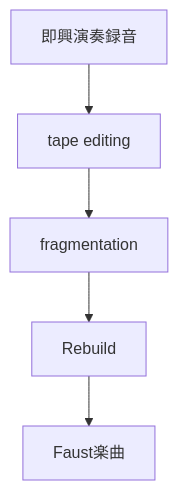
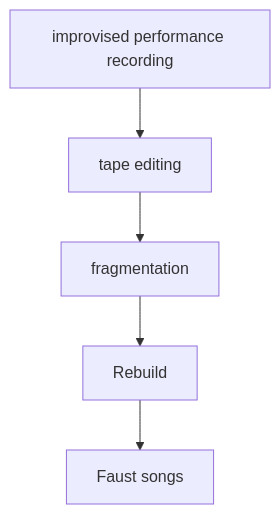
The second of 6 diagrams in en/_posts/2026-05-24-column-faust.md (monumental-movement/monumental-movement.github.io), drawn with Mermaid before and after one commit. The commit also changed other lines of this file and 423 other files, not shown here.

```diff
--- a/en/_posts/2026-05-24-column-faust.md
+++ b/en/_posts/2026-05-24-column-faust.md
@@ -123,7 +123,7 @@
 <div class="mermaid">
 flowchart TD
-A[即興演奏録音] --> B[tape editing]
+A[improvised performance recording] --> B[tape editing]
 B --> C[fragmentation]
 C --> D[Rebuild]
-D --> E[Faust楽曲]
+D --> E[Faust songs]
 </div>
```
